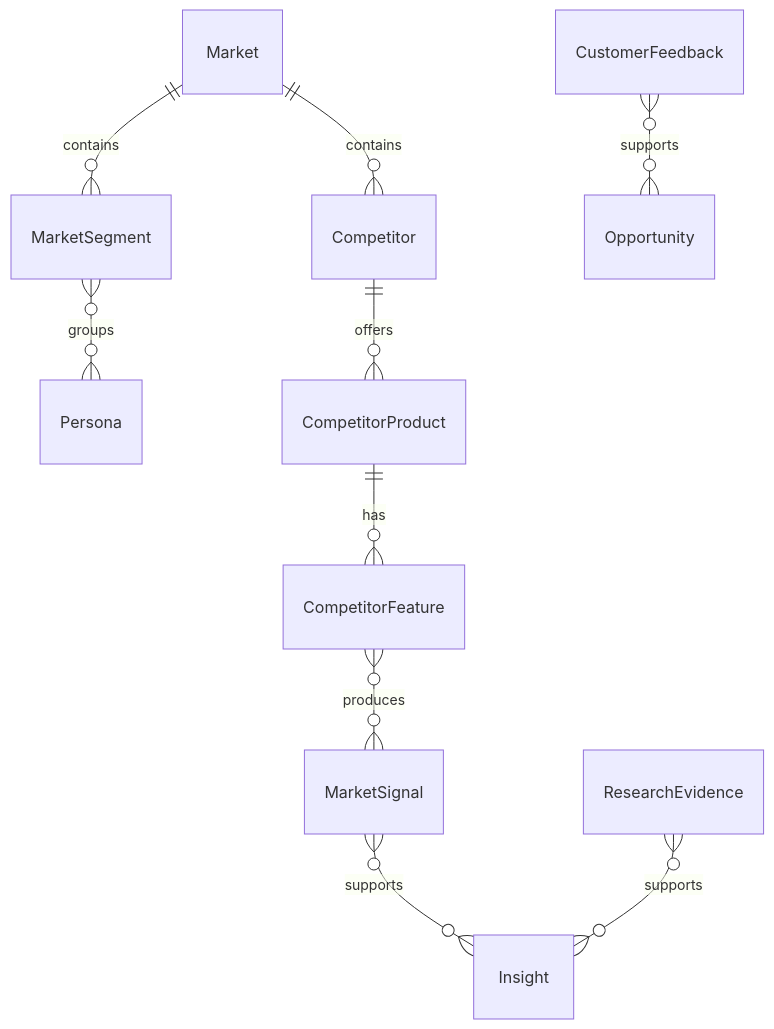
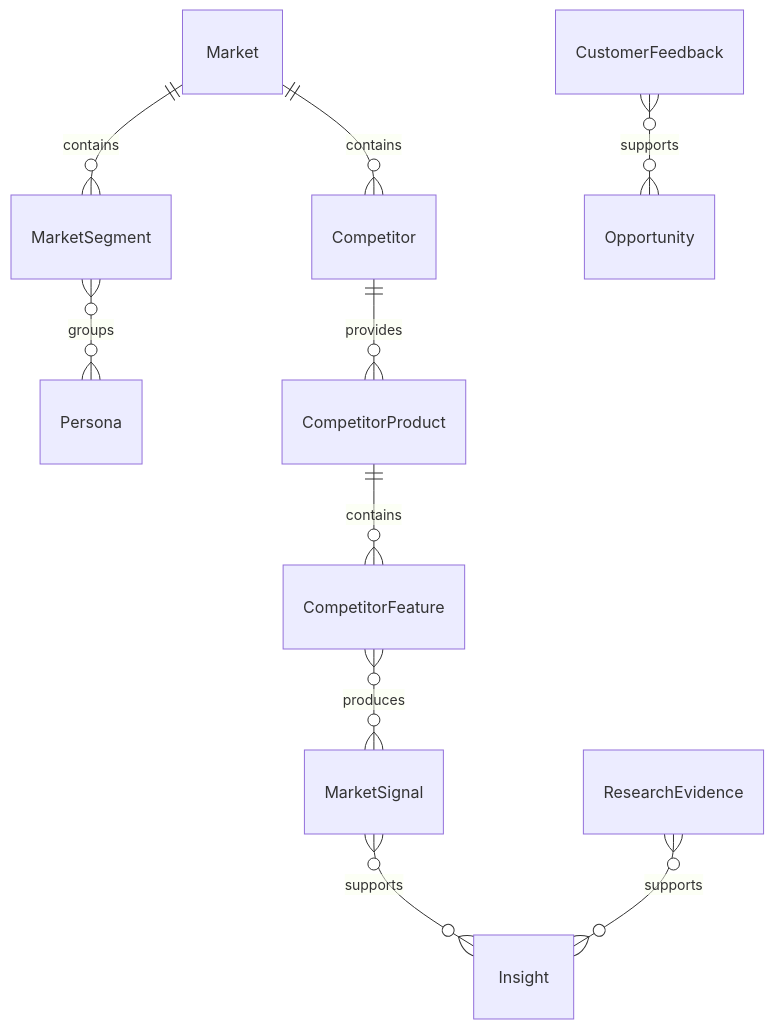
The fourth of 12 diagrams in SOFTWARE_ORGANIZATION_DOMAIN_MODEL.md (maxvydrin/vision), drawn with Mermaid before and after one commit. The commit also changed other lines of this file and 3 other files, not shown here.

````diff
--- a/SOFTWARE_ORGANIZATION_DOMAIN_MODEL.md
+++ b/SOFTWARE_ORGANIZATION_DOMAIN_MODEL.md
@@ -257,12 +273,12 @@
 ```mermaid
 erDiagram
     Market ||--o{ MarketSegment : "contains"
     Market ||--o{ Competitor : "contains"
     MarketSegment }o--o{ Persona : "groups"
-    Competitor ||--o{ CompetitorProduct : "offers"
-    CompetitorProduct ||--o{ CompetitorFeature : "has"
+    Competitor ||--o{ CompetitorProduct : "provides"
+    CompetitorProduct ||--o{ CompetitorFeature : "contains"
     CompetitorFeature }o--o{ MarketSignal : "produces"
     MarketSignal }o--o{ Insight : "supports"
     CustomerFeedback }o--o{ Opportunity : "supports"
     ResearchEvidence }o--o{ Insight : "supports"
 ```
````
